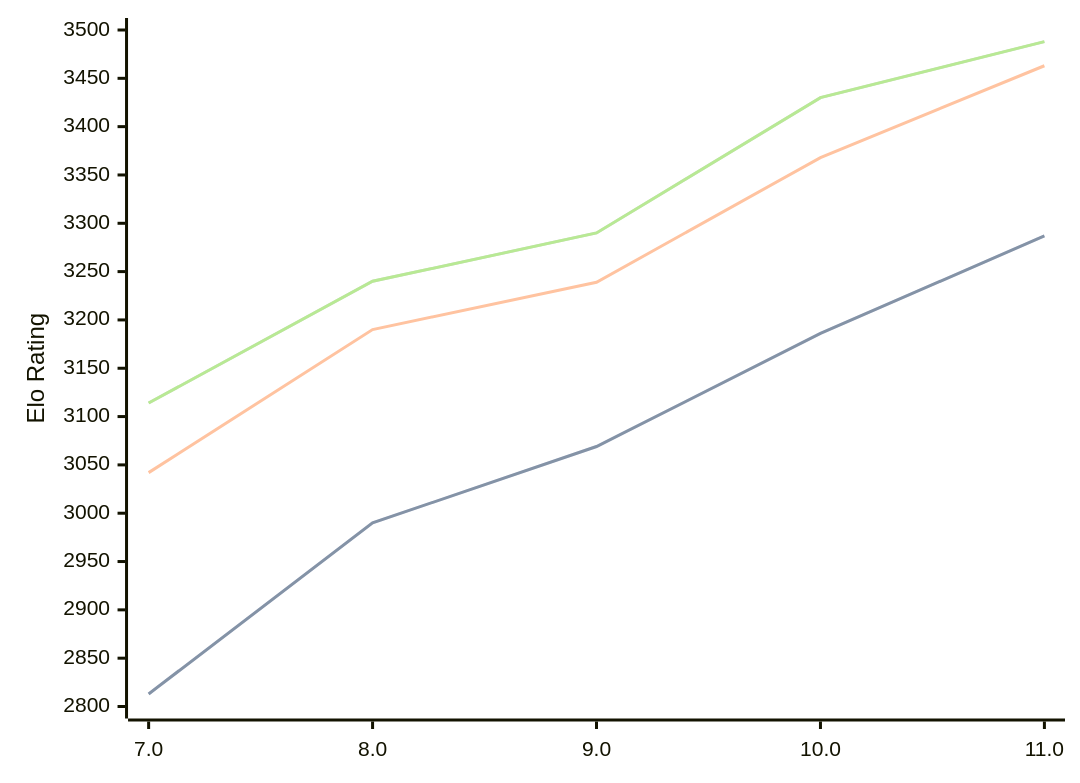
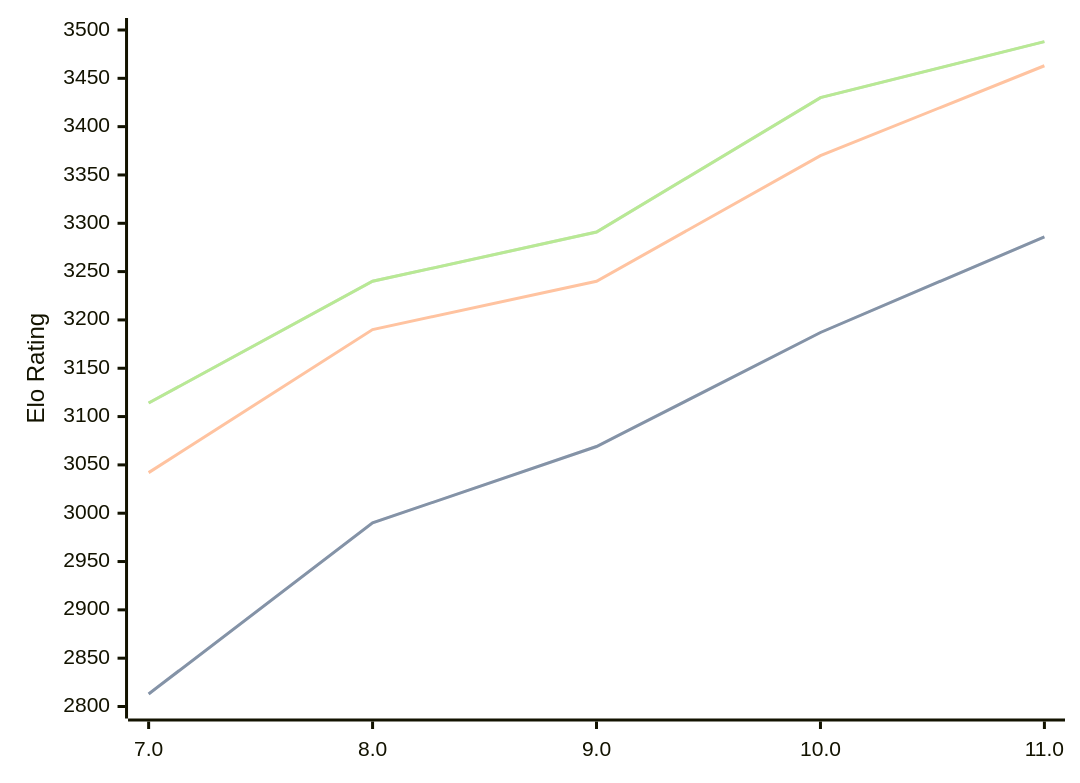
One commit to computer-chess-index/cci changed the diagram in engines/Tcheran.md. Above: the diagram before and after it, drawn with Mermaid. The commit also changed other lines of this file, not shown here.

Commit message:
Update CCI Ratings (ELO VLTC) - 2026-05-05

````diff
--- a/engines/Tcheran.md
+++ b/engines/Tcheran.md
@@ -49,11 +49,11 @@
 ```mermaid
 %%{init: {"theme":"base","themeVariables":{"seriesColors:['#a3a3a3','#222221','#faa371']}}}%%
 xychart-beta
   x-axis ["7.0", "8.0", "9.0", "10.0", "11.0"]
   y-axis "Elo Rating" 2800 --> 3500
-  line "STC (8.0+0.08s)" [2813, 2990, 3069, 3186, 3287]
-  line "STC (8.0+0.08s)" [2813, 2990, 3069, 3186, 3287]
-  line "LTC (60.0+0.60s)" [3042, 3190, 3239, 3368, 3463]
-  line "VLTC (2m24s+1.12s)" [3114, 3240, 3290, 3430, 3488]
-  line "VLTC (2m24s+1.12s)" [3114, 3240, 3290, 3430, 3488]
+  line "STC (8.0+0.08s)" [2813, 2990, 3069, 3187, 3286]
+  line "STC (8.0+0.08s)" [2813, 2990, 3069, 3187, 3286]
+  line "LTC (60.0+0.60s)" [3042, 3190, 3240, 3370, 3463]
+  line "VLTC (2m24s+1.12s)" [3114, 3240, 3291, 3430, 3488]
+  line "VLTC (2m24s+1.12s)" [3114, 3240, 3291, 3430, 3488]
 ```
````
